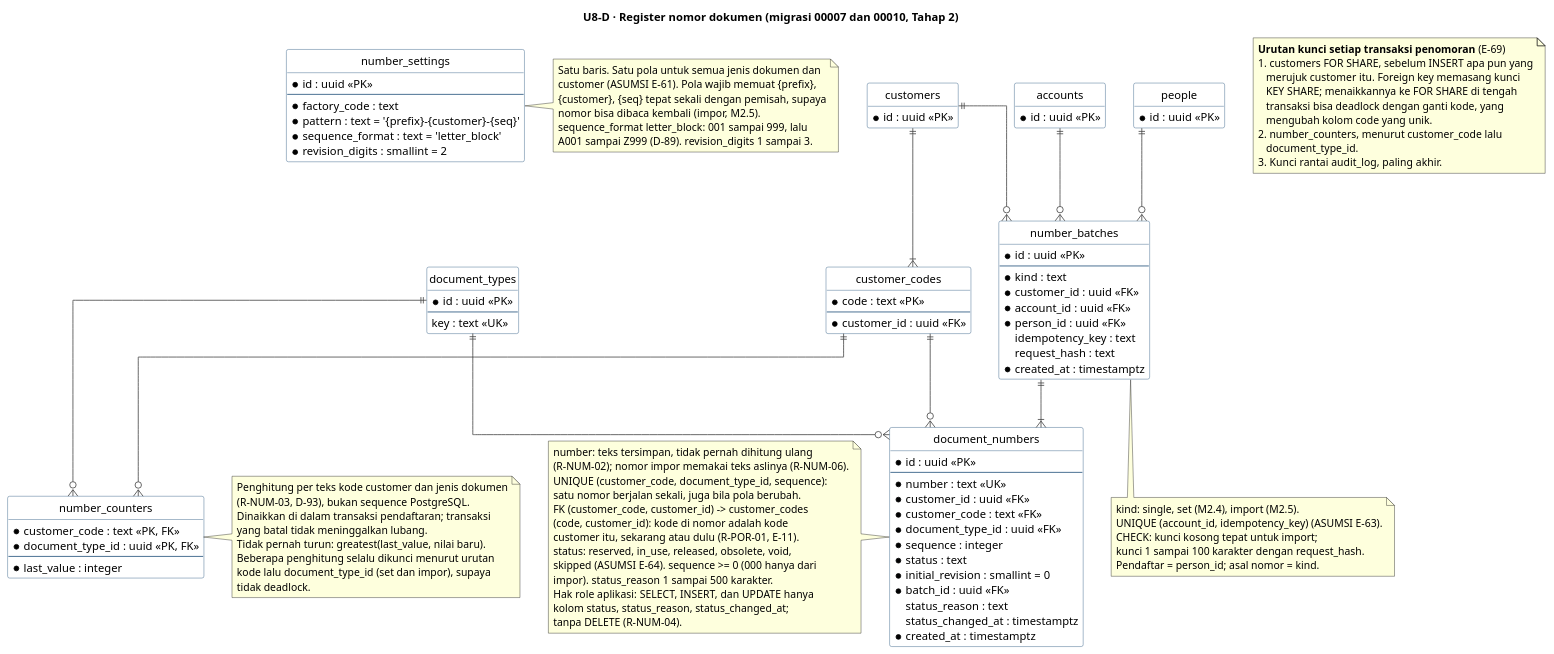
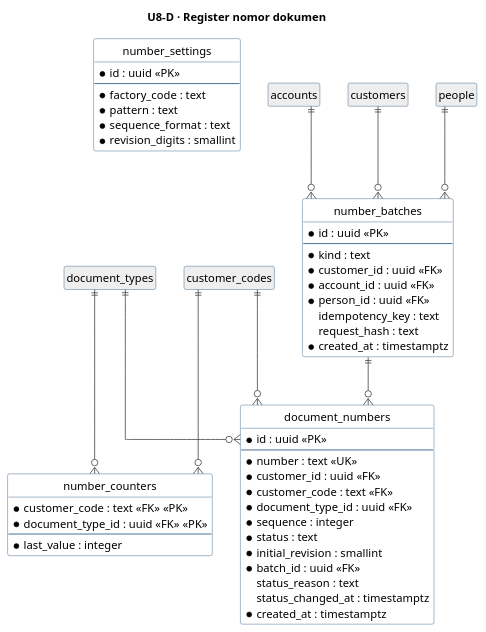
One commit to dkpauzi/revioten changed the fourth of 10 diagrams in docs/uml/U8-erd.puml. Above: the diagram before and after it, drawn with PlantUML. The commit also changed other lines of this file and 61 other files, not shown here.

First line of the commit message:
D-194 (layar), UML draft 0.16, dan temuan E-126 sampai E-128

```diff
--- a/docs/uml/U8-erd.puml
+++ b/docs/uml/U8-erd.puml
@@ -452,145 +339,71 @@
 @startuml U8-D-register-nomor
 hide circle
 hide empty members
 skinparam linetype ortho
 skinparam shadowing false
 skinparam ArrowColor #444444
 skinparam ClassBorderColor #1F4E79
 skinparam ClassBackgroundColor #FFFFFF
 
-title U8-D · Register nomor dokumen (migrasi 00007 dan 00010, Tahap 2)
+title U8-D · Register nomor dokumen
 
 entity "number_settings" as number_settings {
   * id : uuid <<PK>>
   --
   * factory_code : text
-  * pattern : text = '{prefix}-{customer}-{seq}'
-  * sequence_format : text = 'letter_block'
-  * revision_digits : smallint = 2
+  * pattern : text
+  * sequence_format : text
+  * revision_digits : smallint
 }
 
 entity "number_counters" as number_counters {
-  * customer_code : text <<PK, FK>>
-  * document_type_id : uuid <<PK, FK>>
+  * customer_code : text <<FK>> <<PK>>
+  * document_type_id : uuid <<FK>> <<PK>>
   --
   * last_value : integer
 }
 
 entity "number_batches" as number_batches {
   * id : uuid <<PK>>
   --
   * kind : text
   * customer_id : uuid <<FK>>
   * account_id : uuid <<FK>>
   * person_id : uuid <<FK>>
   idempotency_key : text
   request_hash : text
   * created_at : timestamptz
 }
 
 entity "document_numbers" as document_numbers {
   * id : uuid <<PK>>
   --
   * number : text <<UK>>
   * customer_id : uuid <<FK>>
   * customer_code : text <<FK>>
   * document_type_id : uuid <<FK>>
   * sequence : integer
   * status : text
-  * initial_revision : smallint = 0
+  * initial_revision : smallint
   * batch_id : uuid <<FK>>
   status_reason : text
   status_changed_at : timestamptz
   * created_at : timestamptz
 }
 
-entity "customer_codes" as customer_codes_d {
-  * code : text <<PK>>
-  --
-  * customer_id : uuid <<FK>>
-}
+entity "accounts" as accounts #EEEEEE
+entity "customer_codes" as customer_codes #EEEEEE
+entity "customers" as customers #EEEEEE
+entity "document_types" as document_types #EEEEEE
+entity "people" as people #EEEEEE
 
-entity "customers" as customers_d {
-  * id : uuid <<PK>>
-}
+customer_codes ||--o{ document_numbers
+document_types ||--o{ document_numbers
+number_batches ||--o{ document_numbers
+accounts ||--o{ number_batches
+customers ||--o{ number_batches
+people ||--o{ number_batches
+customer_codes ||--o{ number_counters
+document_types ||--o{ number_counters
 
-entity "document_types" as document_types_d {
-  * id : uuid <<PK>>
-  --
-  key : text <<UK>>
-}
-
-entity "accounts" as accounts_d {
-  * id : uuid <<PK>>
-}
-
-entity "people" as people_d {
-  * id : uuid <<PK>>
-}
-
-customers_d ||--|{ customer_codes_d
-customer_codes_d ||--o{ number_counters
-document_types_d ||--o{ number_counters
-customer_codes_d ||--o{ document_numbers
-document_types_d ||--o{ document_numbers
-number_batches ||--|{ document_numbers
-customers_d ||--o{ number_batches
-accounts_d ||--o{ number_batches
-people_d ||--o{ number_batches
-
-note right of number_settings
-  Satu baris. Satu pola untuk semua jenis dokumen dan
-  customer (ASUMSI E-61). Pola wajib memuat {prefix},
-  {customer}, {seq} tepat sekali dengan pemisah, supaya
-  nomor bisa dibaca kembali (impor, M2.5).
-  sequence_format letter_block: 001 sampai 999, lalu
-  A001 sampai Z999 (D-89). revision_digits 1 sampai 3.
-end note
-
-note right of number_counters
-  Penghitung per teks kode customer dan jenis dokumen
-  (R-NUM-03, D-93), bukan sequence PostgreSQL.
-  Dinaikkan di dalam transaksi pendaftaran; transaksi
-  yang batal tidak meninggalkan lubang.
-  Tidak pernah turun: greatest(last_value, nilai baru).
-  Beberapa penghitung selalu dikunci menurut urutan
-  kode lalu document_type_id (set dan impor), supaya
-  tidak deadlock.
-end note
-
-note as urutan_kunci
-  <b>Urutan kunci setiap transaksi penomoran</b> (E-69)
-  1. customers FOR SHARE, sebelum INSERT apa pun yang
-     merujuk customer itu. Foreign key memasang kunci
-     KEY SHARE; menaikkannya ke FOR SHARE di tengah
-     transaksi bisa deadlock dengan ganti kode, yang
-     mengubah kolom code yang unik.
-  2. number_counters, menurut customer_code lalu
-     document_type_id.
-  3. Kunci rantai audit_log, paling akhir.
-end note
-
-note bottom of number_batches
-  kind: single, set (M2.4), import (M2.5).
-  UNIQUE (account_id, idempotency_key) (ASUMSI E-63).
-  CHECK: kunci kosong tepat untuk import;
-  kunci 1 sampai 100 karakter dengan request_hash.
-  Pendaftar = person_id; asal nomor = kind.
-end note
-
-note left of document_numbers
-  number: teks tersimpan, tidak pernah dihitung ulang
-  (R-NUM-02); nomor impor memakai teks aslinya (R-NUM-06).
-  UNIQUE (customer_code, document_type_id, sequence):
-  satu nomor berjalan sekali, juga bila pola berubah.
-  FK (customer_code, customer_id) -> customer_codes
-  (code, customer_id): kode di nomor adalah kode
-  customer itu, sekarang atau dulu (R-POR-01, E-11).
-  status: reserved, in_use, released, obsolete, void,
-  skipped (ASUMSI E-64). sequence >= 0 (000 hanya dari
-  impor). status_reason 1 sampai 500 karakter.
-  Hak role aplikasi: SELECT, INSERT, dan UPDATE hanya
-  kolom status, status_reason, status_changed_at;
-  tanpa DELETE (R-NUM-04).
-end note
 @enduml
```
